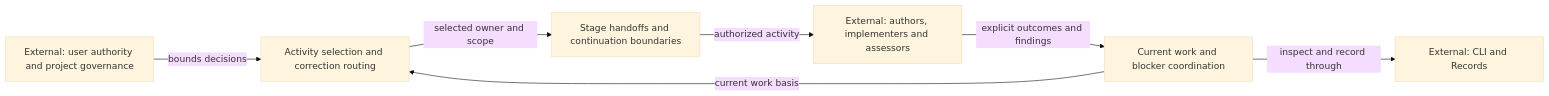
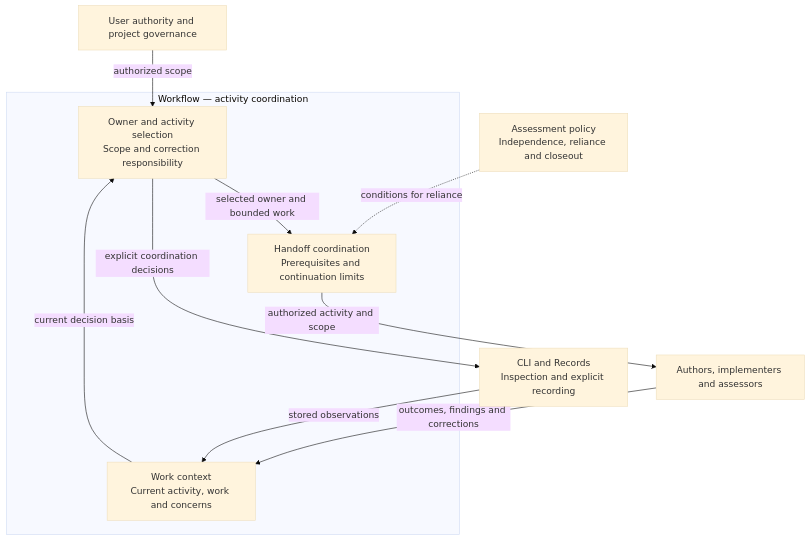
Before and after one commit to xiongxianfei/rigorloop: the first of 2 diagrams in docs/design/skill/workflow.md, drawn with Mermaid (base theme). The commit also changed other lines of this file and 11 other files, not shown here.

Commit message:
design: clarify ownership in every architecture overview

````diff
--- a/docs/design/skill/workflow.md
+++ b/docs/design/skill/workflow.md
@@ -42,15 +42,20 @@
 ```mermaid
-flowchart LR
-    Authority["External: user authority and project governance"]
-    Routing["Activity selection and correction routing"]
-    Handoffs["Stage handoffs and continuation boundaries"]
-    State["Current work and blocker coordination"]
-    Skills["External: authors, implementers and assessors"]
-    CLI["External: CLI and Records"]
-    Authority -->|"bounds decisions"| Routing
-    State -->|"current work basis"| Routing
-    Routing -->|"selected owner and scope"| Handoffs
-    Handoffs -->|"authorized activity"| Skills
-    Skills -->|"explicit outcomes and findings"| State
-    State -->|"inspect and record through"| CLI
+flowchart TB
+    Authority["User authority and project governance"]
+    Actors["Authors, implementers and assessors"]
+    Assessment["Assessment policy<br/>Independence, reliance and closeout"]
+    CLI["CLI and Records<br/>Inspection and explicit recording"]
+    subgraph Workflow["Workflow — activity coordination"]
+        Basis["Work context<br/>Current activity, work and concerns"]
+        Routing["Owner and activity selection<br/>Scope and correction responsibility"]
+        Handoffs["Handoff coordination<br/>Prerequisites and continuation limits"]
+        Basis -->|"current decision basis"| Routing
+        Routing -->|"selected owner and bounded work"| Handoffs
+    end
+    Authority -->|"authorized scope"| Routing
+    Assessment -.->|"conditions for reliance"| Handoffs
+    CLI -->|"stored observations"| Basis
+    Actors -->|"outcomes, findings and corrections"| Basis
+    Handoffs -->|"authorized activity and scope"| Actors
+    Routing -->|"explicit coordination decisions"| CLI
 ```
````
